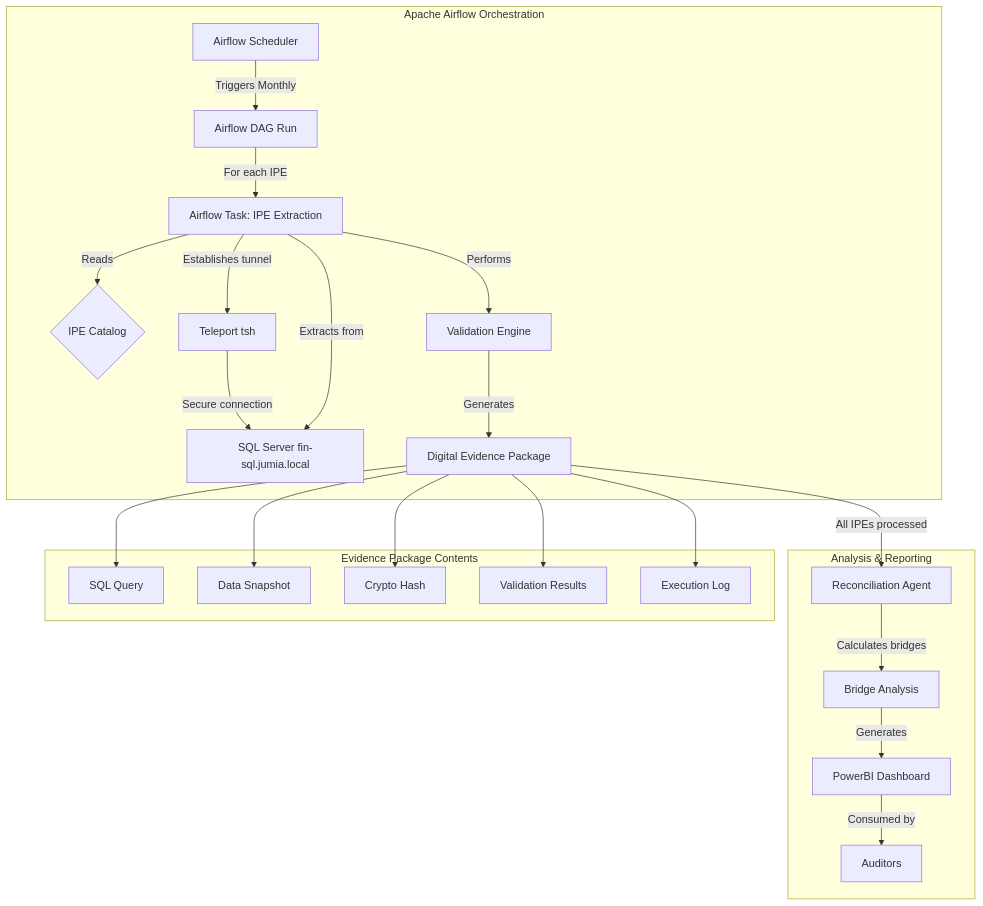
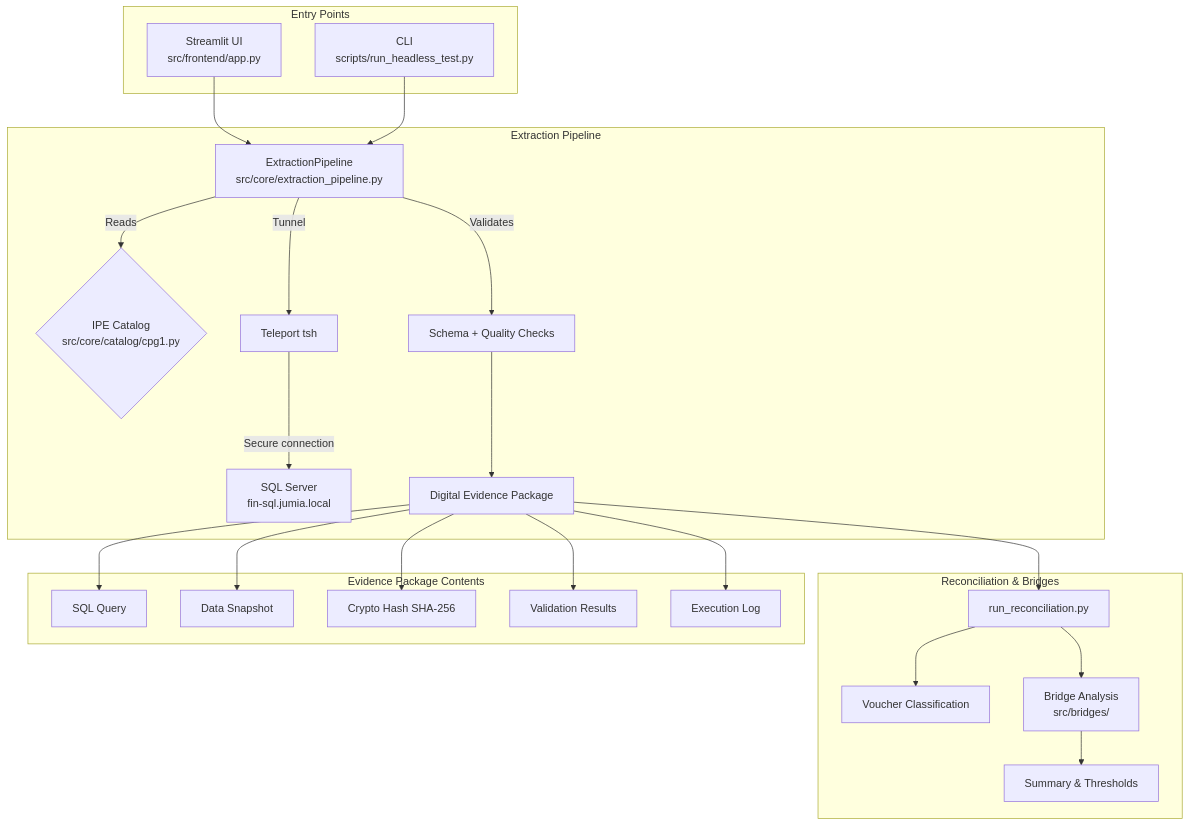
Before and after one commit to gvern/SOXauto: the diagram in README.md, drawn with Mermaid. The commit also changed other lines of this file and 12 other files, not shown here.

Commit message:
docs: refresh architecture and runbook documentation

````diff
--- a/README.md
+++ b/README.md
@@ -79,28 +71,31 @@
 ```mermaid
 graph TD
-  subgraph "Apache Airflow Orchestration"
-    A[Airflow Scheduler] -- Triggers Monthly --> B[Airflow DAG Run]
-    B -- For each IPE --> C[Airflow Task: IPE Extraction]
-        C -- Reads --> D{IPE Catalog}
-        C -- Establishes tunnel --> E[Teleport tsh]
-        E -- Secure connection --> F[SQL Server fin-sql.jumia.local]
-        C -- Extracts from --> F
-        C -- Performs --> G[Validation Engine]
-        G -- Generates --> H[Digital Evidence Package]
-    end
+  subgraph "Entry Points"
+    A1[Streamlit UI\nsrc/frontend/app.py]
+    A2[CLI\nscripts/run_headless_test.py]
+  end
 
-    subgraph "Analysis & Reporting"
-        H -- All IPEs processed --> K[Reconciliation Agent]
-        K -- Calculates bridges --> L[Bridge Analysis]
-        L -- Generates --> M[PowerBI Dashboard]
-        M -- Consumed by --> N[Auditors]
-    end
-    
-    subgraph "Evidence Package Contents"
-        H --> O[SQL Query]
-        H --> P[Data Snapshot]
-        H --> Q[Crypto Hash]
-        H --> R[Validation Results]
-        H --> S[Execution Log]
-    end
+  subgraph "Extraction Pipeline"
+    A1 & A2 --> B[ExtractionPipeline\nsrc/core/extraction_pipeline.py]
+    B -- Reads --> C{IPE Catalog\nsrc/core/catalog/cpg1.py}
+    B -- Tunnel --> D[Teleport tsh]
+    D -- Secure connection --> E[SQL Server\nfin-sql.jumia.local]
+    B -- Validates --> F[Schema + Quality Checks]
+    F --> G[Digital Evidence Package]
+  end
+
+  subgraph "Reconciliation & Bridges"
+    G --> H[run_reconciliation.py]
+    H --> I[Voucher Classification]
+    H --> J[Bridge Analysis\nsrc/bridges/]
+    J --> K[Summary & Thresholds]
+  end
+
+  subgraph "Evidence Package Contents"
+    G --> L[SQL Query]
+    G --> M[Data Snapshot]
+    G --> N[Crypto Hash SHA-256]
+    G --> O[Validation Results]
+    G --> P[Execution Log]
+  end
 ```
````
